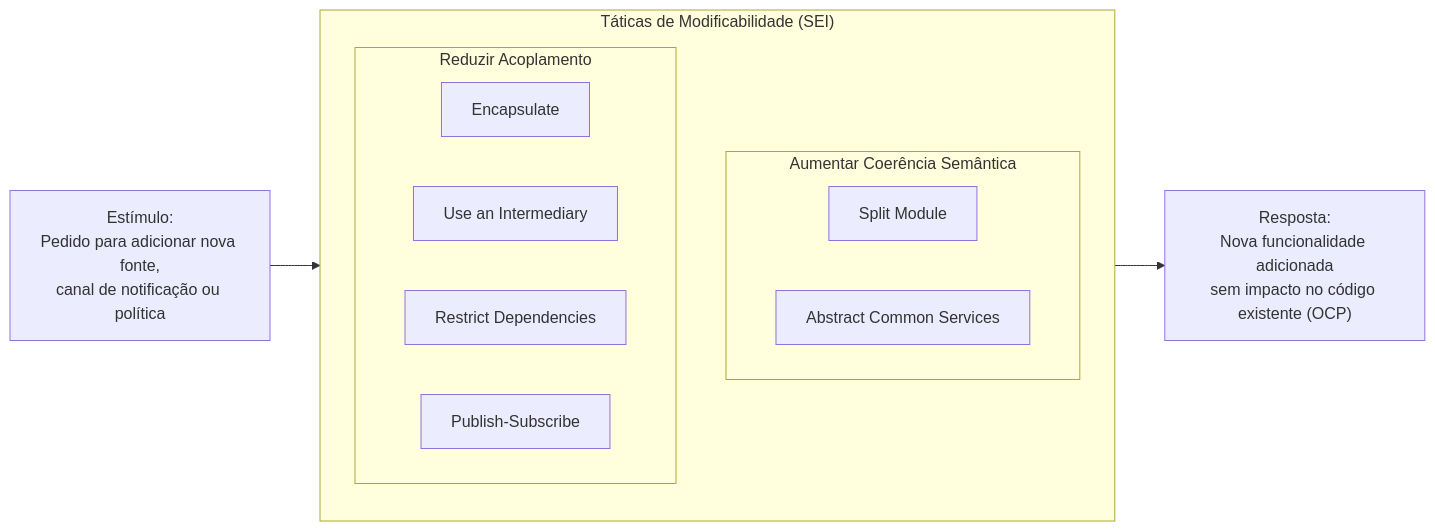
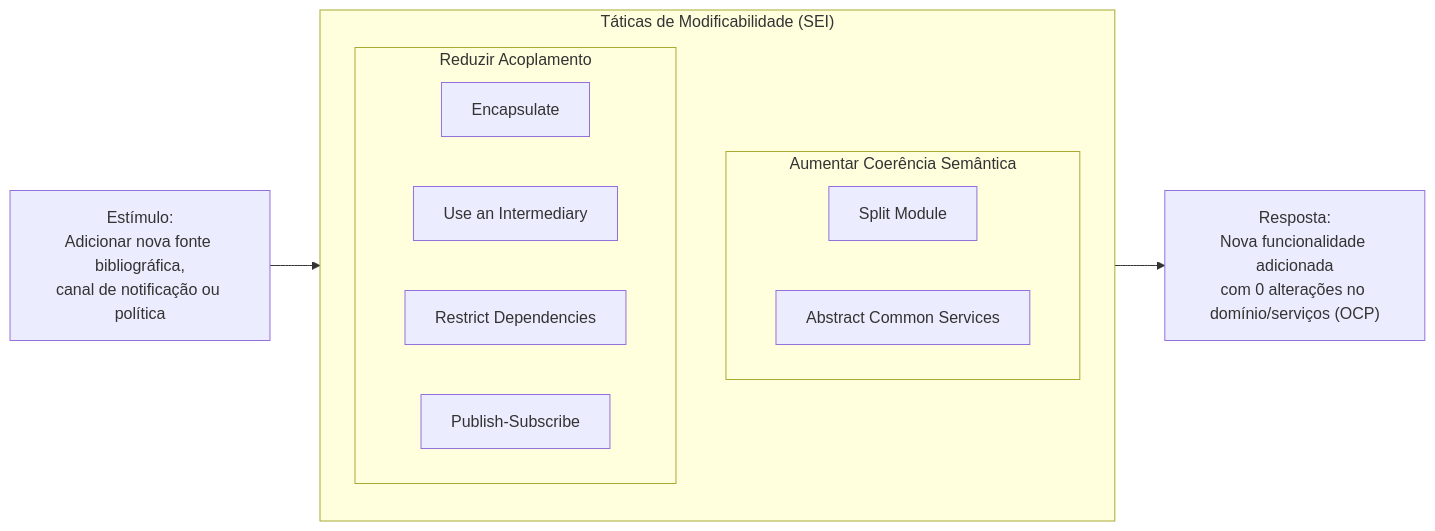
One commit to RafaelBrandao04/psoft-project-2026-1 changed the first of 3 diagrams in Docs/ARQSOFT/system-to-be/architectural-tactics.md. Above: the diagram before and after it, drawn with Mermaid. The commit also changed other lines of this file and 8 other files, not shown here.

Commit message:
docs(arqsoft): sync architecture and testing docs with codebase and remove theoretical bloat

````diff
--- a/Docs/ARQSOFT/system-to-be/architectural-tactics.md
+++ b/Docs/ARQSOFT/system-to-be/architectural-tactics.md
@@ -53,20 +13,20 @@
 ```mermaid
 flowchart LR
-    S["Estímulo:<br/>Pedido para adicionar nova fonte,<br/>canal de notificação ou política"] --> T
+    S["Estímulo:<br/>Adicionar nova fonte bibliográfica,<br/>canal de notificação ou política"] --> T
 
     subgraph T["Táticas de Modificabilidade (SEI)"]
         direction TB
         subgraph C1["Aumentar Coerência Semântica"]
             T1["Split Module"]
             T2["Abstract Common Services"]
         end
         subgraph C2["Reduzir Acoplamento"]
             T3["Encapsulate"]
             T4["Use an Intermediary"]
             T5["Restrict Dependencies"]
             T6["Publish-Subscribe"]
         end
     end
 
-    T --> R["Resposta:<br/>Nova funcionalidade adicionada<br/>sem impacto no código existente (OCP)"]
+    T --> R["Resposta:<br/>Nova funcionalidade adicionada<br/>com 0 alterações no domínio/serviços (OCP)"]
 ```
````
